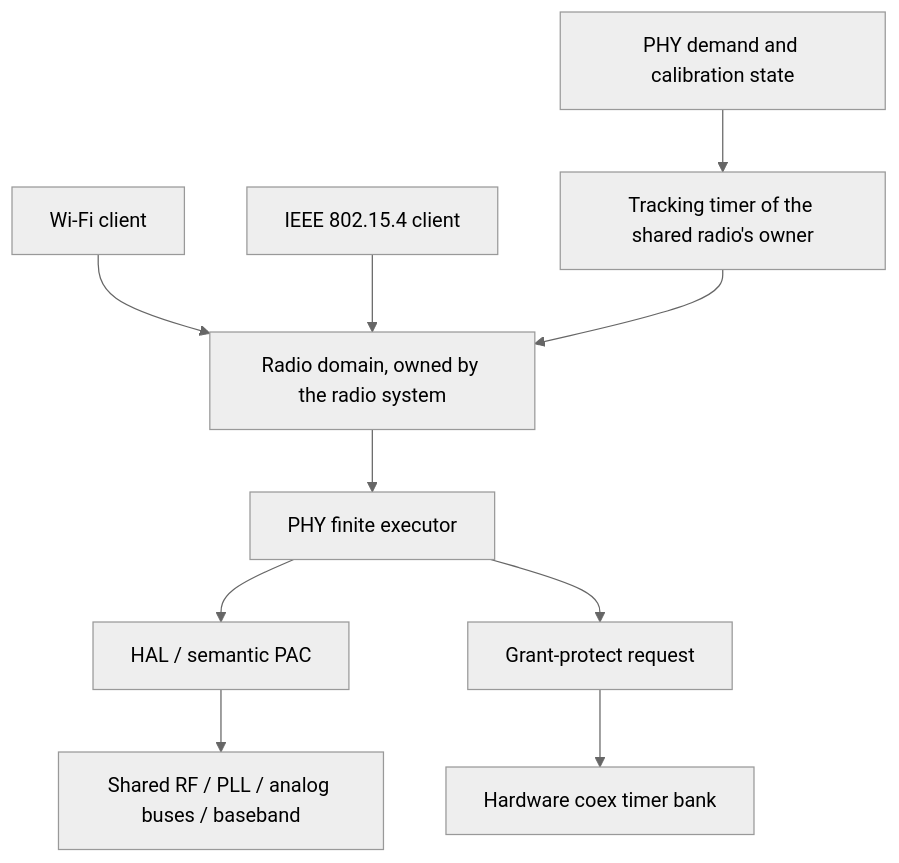
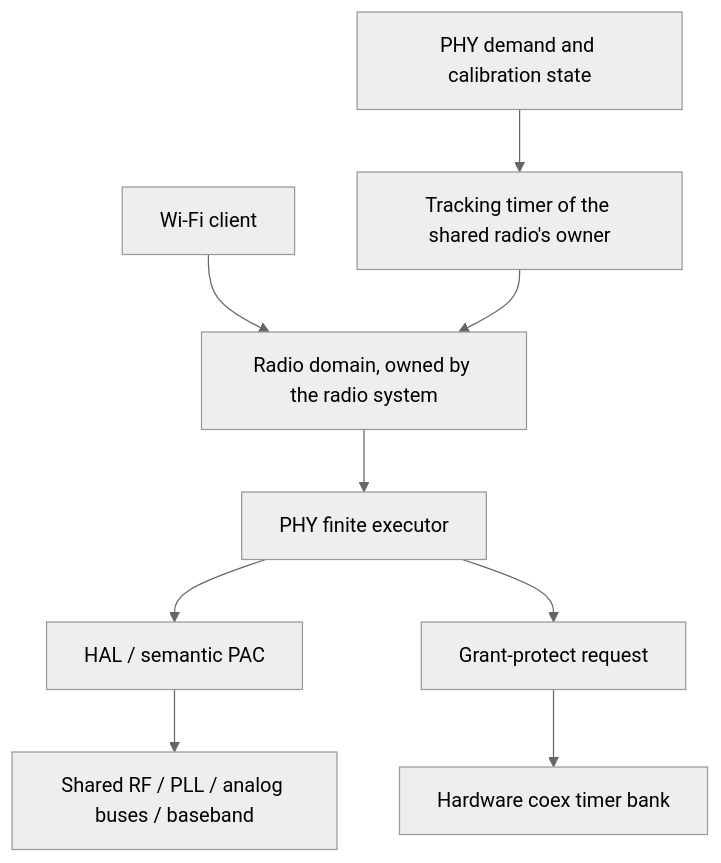
The second of 3 diagrams in chips/esp32s31/radio/phy/README.md (ermacv/open-esp-radio), drawn with Mermaid (neutral theme) before and after one commit. The commit also changed other lines of this file and 557 other files, not shown here.

````diff
--- a/chips/esp32s31/radio/phy/README.md
+++ b/chips/esp32s31/radio/phy/README.md
@@ -78,12 +78,11 @@
 ```mermaid
 flowchart TD
     W[Wi-Fi client] --> L[Radio domain, owned by the radio system]
-    Z[IEEE 802.15.4 client] --> L
     T[Tracking timer of the shared radio's owner] --> L
     P[PHY demand and calibration state] --> T
     L --> E[PHY finite executor]
     E --> H[HAL / semantic PAC]
     H --> RF[Shared RF / PLL / analog buses / baseband]
     E --> G[Grant-protect request]
     G --> C[Hardware coex timer bank]
 ```
````
